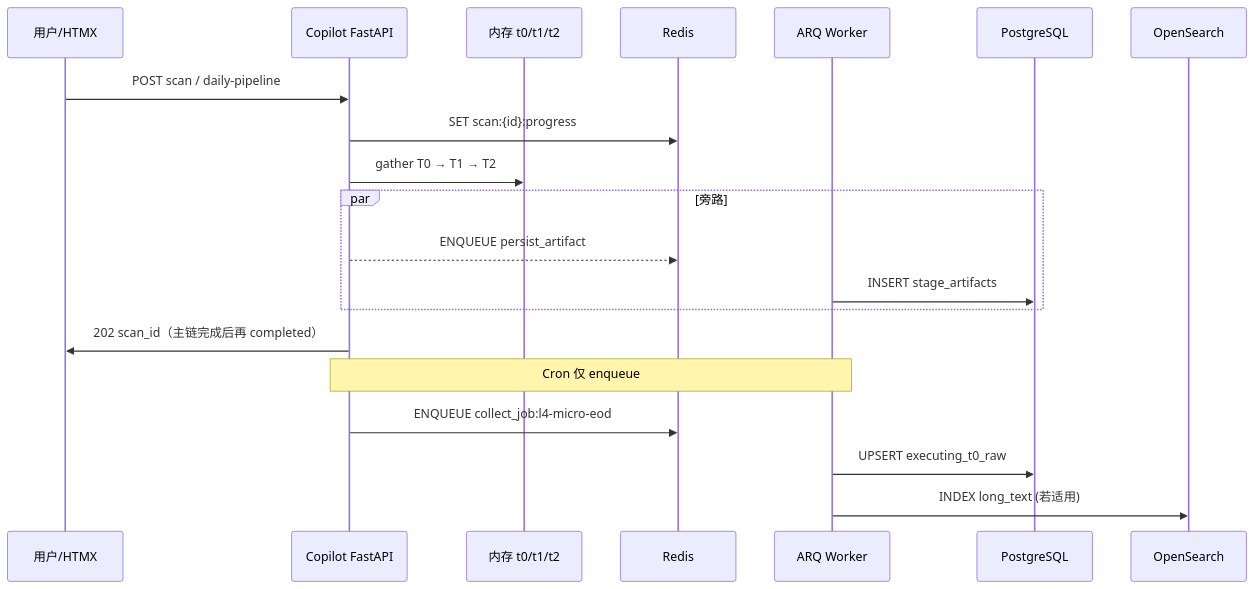
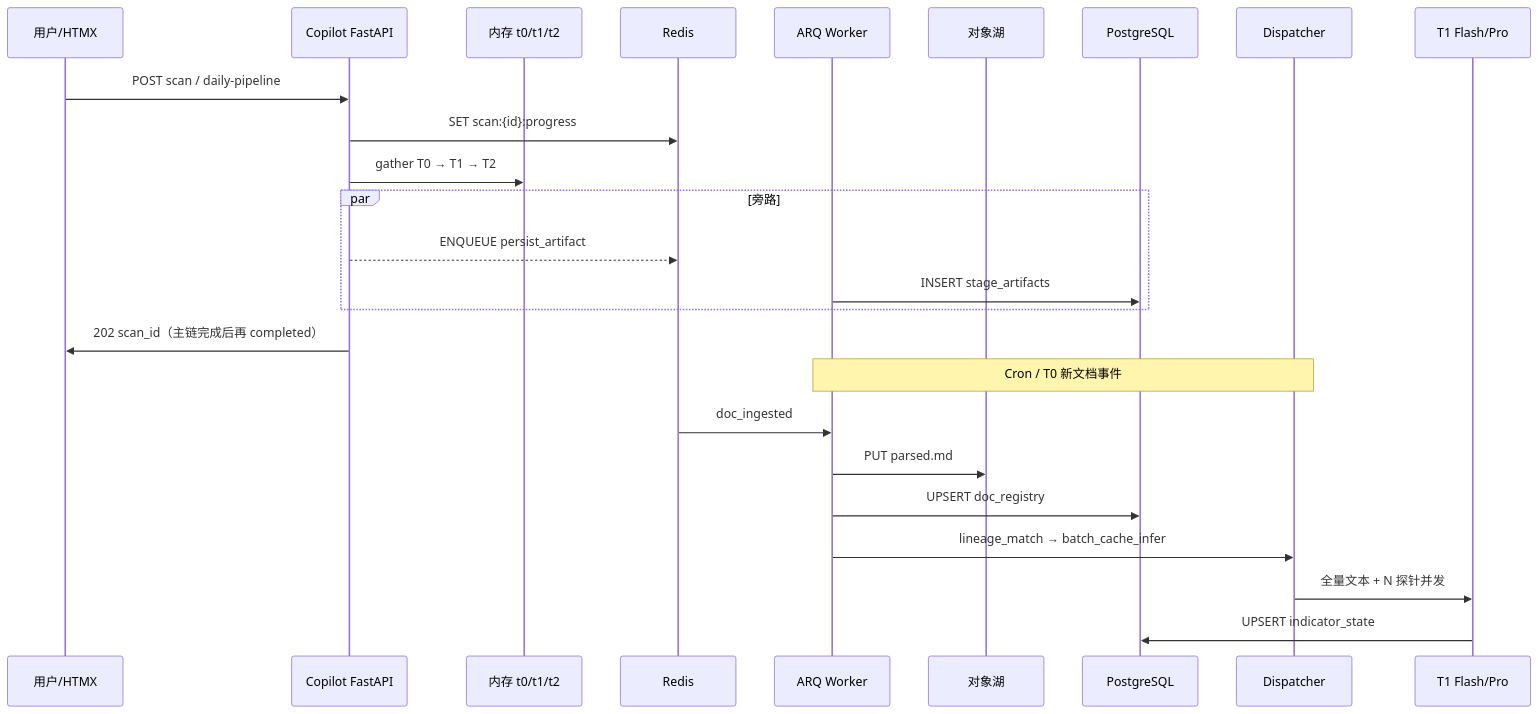
Before and after one commit to myxxhui/diting-doc: the second of 4 diagrams in 03_原子目标与规约/_共享规约/29_三大数据底座与任务调度架构契约.md, drawn with Mermaid. The commit also changed other lines of this file and 4 other files, not shown here.

````diff
--- a/03_原子目标与规约/_共享规约/29_三大数据底座与任务调度架构契约.md
+++ b/03_原子目标与规约/_共享规约/29_三大数据底座与任务调度架构契约.md
@@ -175,24 +241,29 @@
 ```mermaid
 sequenceDiagram
   participant U as 用户/HTMX
   participant API as Copilot FastAPI
   participant MEM as 内存 t0/t1/t2
   participant R as Redis
   participant W as ARQ Worker
+  participant OSS as 对象湖
   participant PG as PostgreSQL
-  participant ES as OpenSearch
+  participant DISP as Dispatcher
+  participant LLM as T1 Flash/Pro
 
   U->>API: POST scan / daily-pipeline
   API->>R: SET scan:{id}:progress
   API->>MEM: gather T0 → T1 → T2
   par 旁路
     API-->>R: ENQUEUE persist_artifact
     W->>PG: INSERT stage_artifacts
   end
   API->>U: 202 scan_id（主链完成后再 completed）
 
-  Note over API,W: Cron 仅 enqueue
-  API->>R: ENQUEUE collect_job:l4-micro-eod
-  W->>PG: UPSERT executing_t0_raw
-  W->>ES: INDEX long_text (若适用)
+  Note over W,DISP: Cron / T0 新文档事件
+  R->>W: doc_ingested
+  W->>OSS: PUT parsed.md
+  W->>PG: UPSERT doc_registry
+  W->>DISP: lineage_match → batch_cache_infer
+  DISP->>LLM: 全量文本 + N 探针并发
+  LLM->>PG: UPSERT indicator_state
 ```
````
